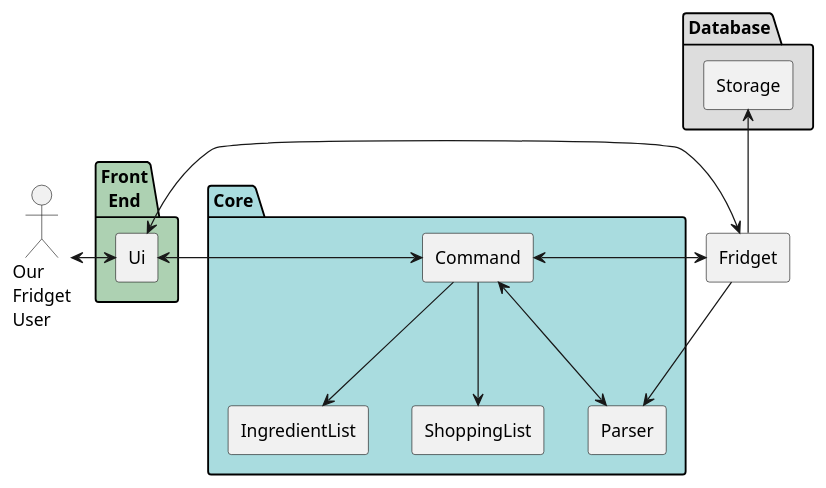
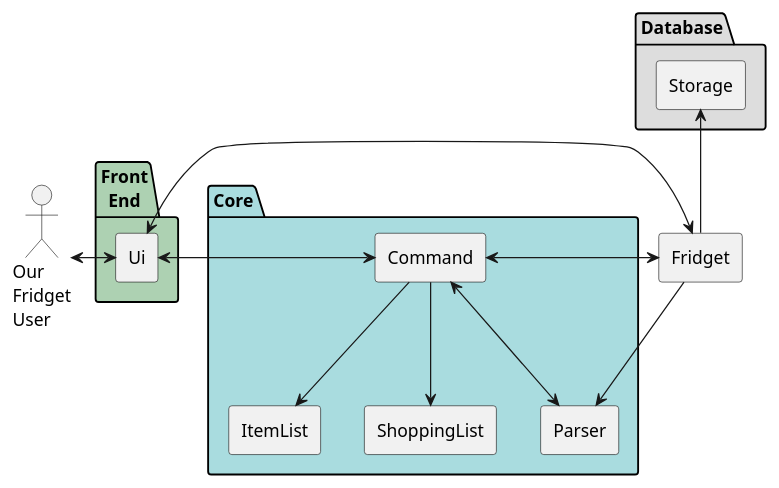
One commit to uosjapuelks/tp changed the diagram in docs/umlDiagrams/Architecture.puml. Above: the diagram before and after it, drawn with PlantUML. The commit also changed 40 other files, not shown here.

Commit message:
Standardized to use Item instead of Ingredient.

```diff
--- a/docs/umlDiagrams/Architecture.puml
+++ b/docs/umlDiagrams/Architecture.puml
@@ -1,34 +1,34 @@
 @startuml
 
 :Our\nFridget\nUser:  as user
 
 rectangle Fridget
 
 package Core #A9DCDF {
     rectangle Command
     rectangle Parser
-    rectangle IngredientList
+    rectangle ItemList
     rectangle ShoppingList
 }
 
 package Database #DDDDDD {
     rectangle Storage
 }
 
 package Front\nEnd #ADD1B2 {
         rectangle Ui
     }
 
 user <-r-> Ui
 
 Ui <-> Fridget
 Fridget --> Parser
 Parser <-u-> Command
 Command <-> Fridget
 Command <-l-> Ui
-Command --> IngredientList
+Command --> ItemList
 Command --> ShoppingList
 
 Fridget -u-> Storage
 
 @enduml
```
